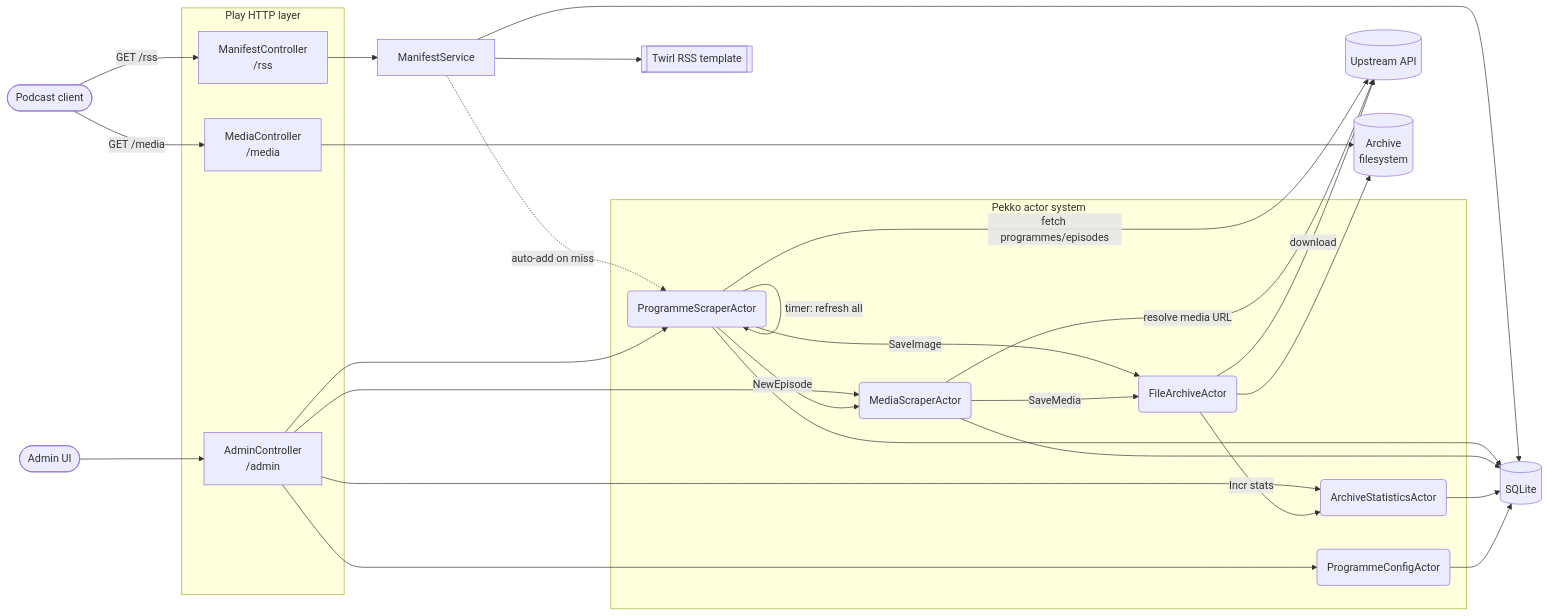
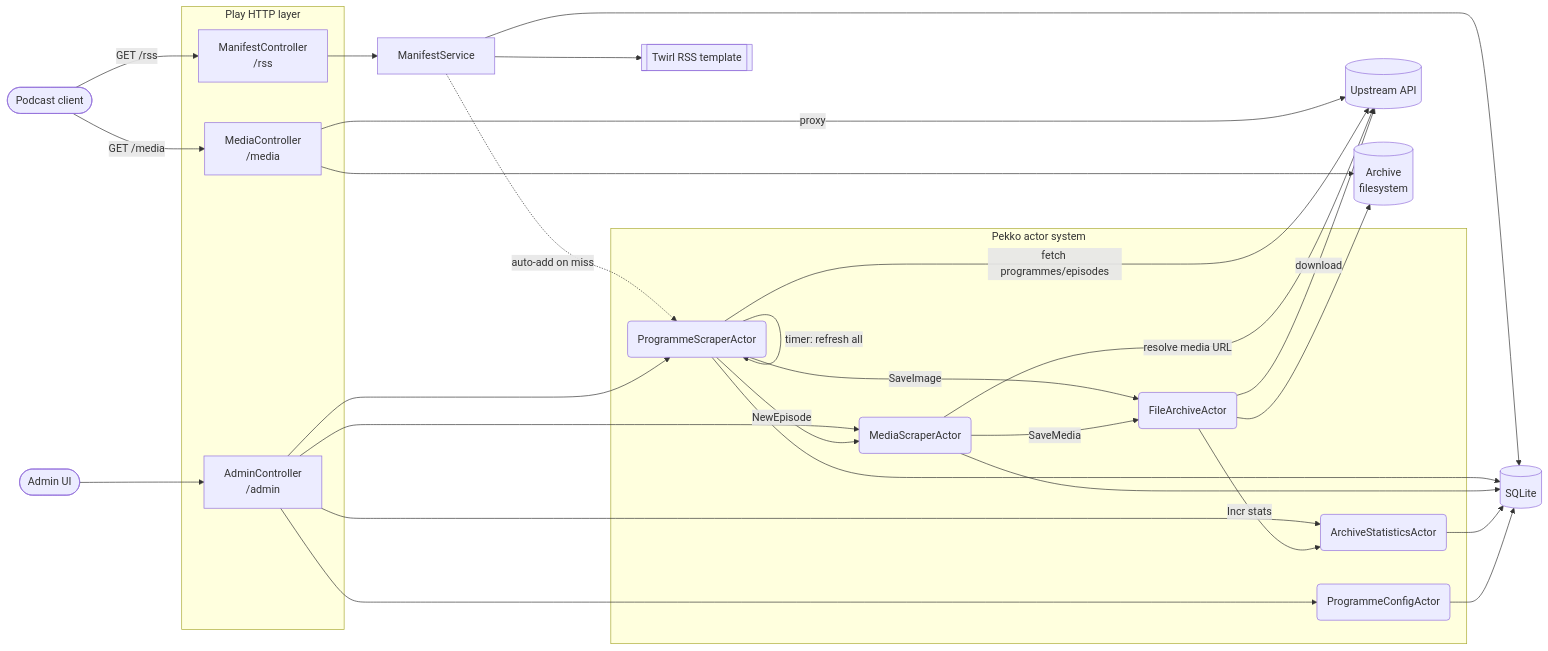
The diagram in README.md (gcamp/odieux), drawn with Mermaid before and after one commit. The commit also changed other lines of this file and 2 other files, not shown here.

First line of the commit message:
Update docs to reflect media proxy changes

````diff
--- a/README.md
+++ b/README.md
@@ -16,55 +16,56 @@
 ```mermaid
 flowchart LR
     Client([Podcast client])
     Admin([Admin UI])
 
     subgraph HTTP [Play HTTP layer]
         MC[ManifestController<br/>/rss]
         AC[AdminController<br/>/admin]
         MedC[MediaController<br/>/media]
     end
 
     MS[ManifestService]
     Twirl[[Twirl RSS template]]
 
     subgraph Actors [Pekko actor system]
         PSA(ProgrammeScraperActor)
         MSA(MediaScraperActor)
         FAA(FileArchiveActor)
         ASA(ArchiveStatisticsActor)
         PCA(ProgrammeConfigActor)
     end
 
     RC[(Upstream API)]
     DB[(SQLite)]
     FS[(Archive<br/>filesystem)]
 
     Client -->|GET /rss| MC
     Admin --> AC
     Client -->|GET /media| MedC
 
     MC --> MS --> Twirl
     MS --> DB
     MS -. auto-add on miss .-> PSA
     AC --> PSA
     AC --> MSA
     AC --> ASA
     AC --> PCA
     MedC --> FS
+    MedC -->|proxy| RC
 
     PSA -- timer: refresh all --> PSA
     PSA -->|fetch programmes/episodes| RC
     PSA --> DB
     PSA -- NewEpisode --> MSA
     PSA -- SaveImage --> FAA
 
     MSA -->|resolve media URL| RC
     MSA --> DB
     MSA -- SaveMedia --> FAA
 
     FAA -->|download| RC
     FAA --> FS
     FAA -- Incr stats --> ASA
     ASA --> DB
     PCA --> DB
 ```
````
